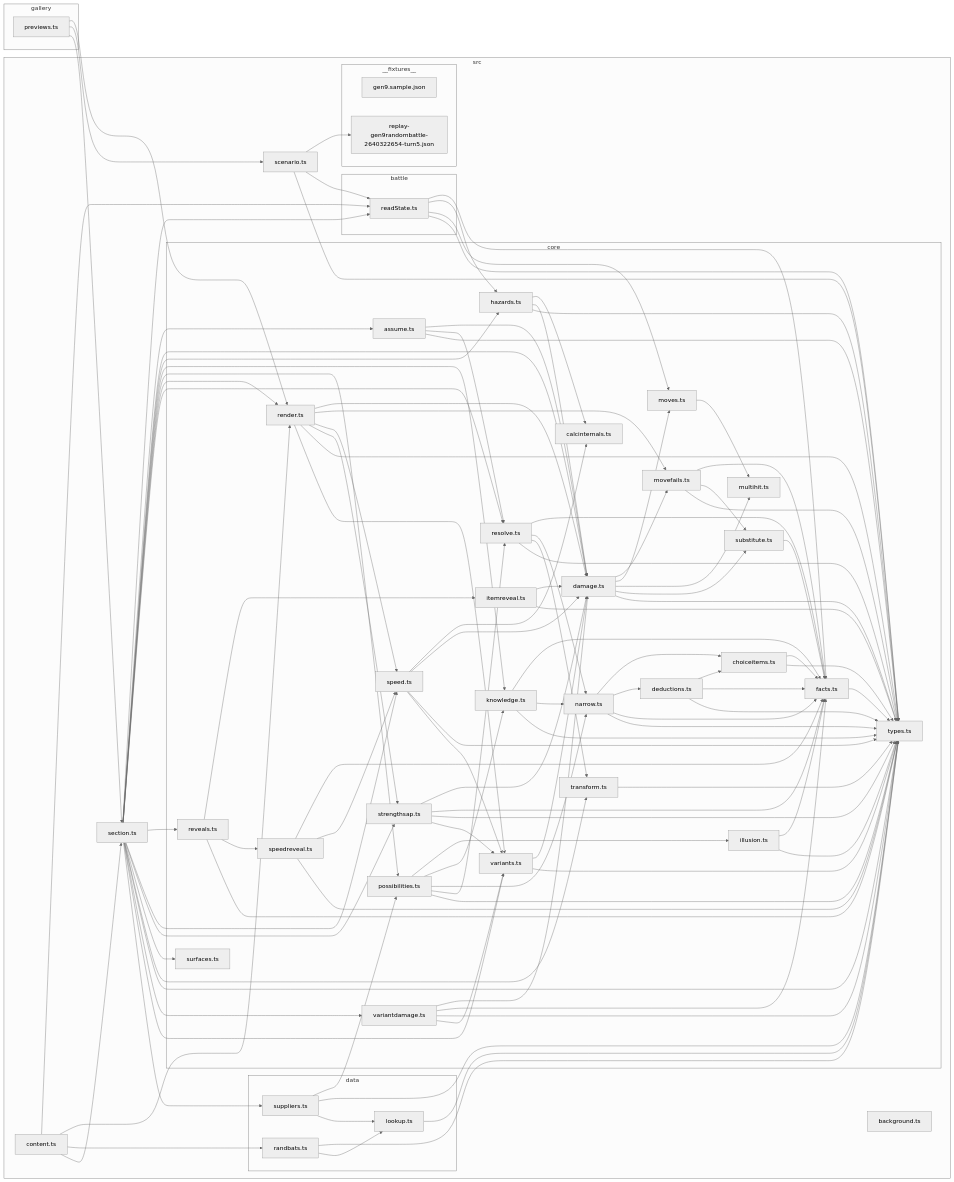
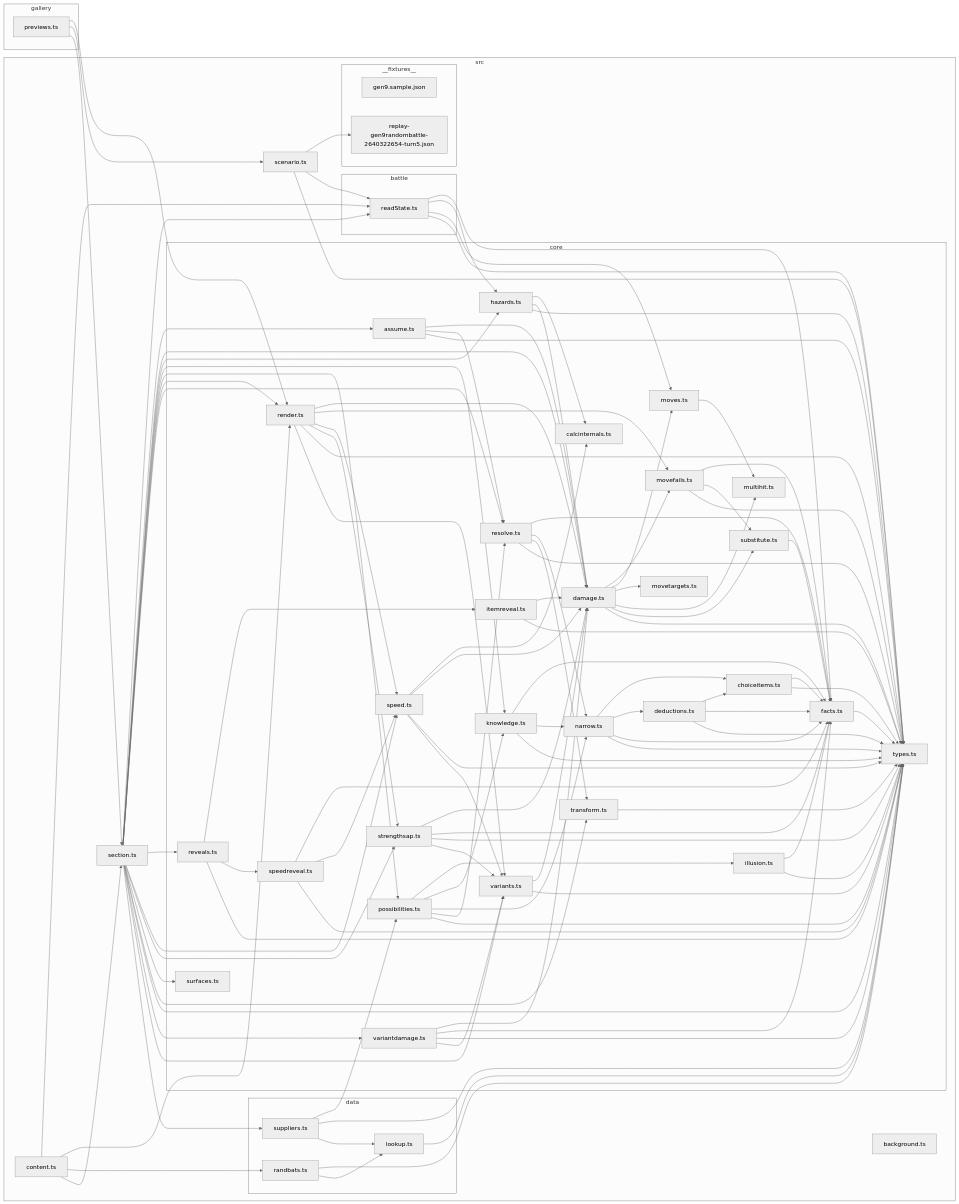
Before and after one commit to seanaujong/hi-chu: the diagram in docs/architecture-graph.md, drawn with Mermaid (neutral theme). The commit also changed other lines of this file and 6 other files, not shown here.

````diff
--- a/docs/architecture-graph.md
+++ b/docs/architecture-graph.md
@@ -29,54 +29,56 @@
 9["substitute.ts"]
 A["moves.ts"]
 B["multihit.ts"]
-C["speed.ts"]
-D["calcinternals.ts"]
-E["variants.ts"]
-F["strengthsap.ts"]
-L["hazards.ts"]
-N["assume.ts"]
-O["resolve.ts"]
-P["narrow.ts"]
-Q["choiceitems.ts"]
-R["deductions.ts"]
-S["transform.ts"]
-T["knowledge.ts"]
-U["possibilities.ts"]
-V["illusion.ts"]
-W["reveals.ts"]
-X["itemreveal.ts"]
-Y["speedreveal.ts"]
-Z["surfaces.ts"]
-10["variantdamage.ts"]
+C["movetargets.ts"]
+D["speed.ts"]
+E["calcinternals.ts"]
+F["variants.ts"]
+G["strengthsap.ts"]
+M["hazards.ts"]
+O["assume.ts"]
+P["resolve.ts"]
+Q["narrow.ts"]
+R["choiceitems.ts"]
+S["deductions.ts"]
+T["transform.ts"]
+U["knowledge.ts"]
+V["possibilities.ts"]
+W["illusion.ts"]
+X["reveals.ts"]
+Y["itemreveal.ts"]
+Z["speedreveal.ts"]
+10["surfaces.ts"]
+11["variantdamage.ts"]
 end
-G["scenario.ts"]
-subgraph H["__fixtures__"]
-I["replay-gen9randombattle-2640322654-turn5.json"]
-17["gen9.sample.json"]
+H["scenario.ts"]
+subgraph I["__fixtures__"]
+J["replay-gen9randombattle-2640322654-turn5.json"]
+18["gen9.sample.json"]
 end
-subgraph J["battle"]
-K["readState.ts"]
+subgraph K["battle"]
+L["readState.ts"]
 end
-M["section.ts"]
-subgraph 11["data"]
-12["suppliers.ts"]
-13["lookup.ts"]
-16["randbats.ts"]
+N["section.ts"]
+subgraph 12["data"]
+13["suppliers.ts"]
+14["lookup.ts"]
+17["randbats.ts"]
 end
-14["background.ts"]
-15["content.ts"]
+15["background.ts"]
+16["content.ts"]
 end
 1-->4
-1-->G
-1-->M
+1-->H
+1-->N
 4-->5
 4-->6
-4-->C
+4-->D
+4-->G
+4-->8
 4-->F
-4-->8
-4-->E
 5-->6
 5-->A
+5-->C
 5-->B
 5-->9
 5-->8
@@ -86,90 +88,90 @@
 7-->8
 9-->7
 A-->B
-C-->D
-C-->5
-C-->8
-C-->E
-E-->5
-E-->8
+D-->E
+D-->5
+D-->8
+D-->F
 F-->5
-F-->7
 F-->8
-F-->E
-G-->I
-G-->K
+G-->5
+G-->7
 G-->8
-K-->7
-K-->L
-K-->A
-K-->8
-L-->D
-L-->5
+G-->F
+H-->J
+H-->L
+H-->8
+L-->7
+L-->M
+L-->A
 L-->8
-M-->K
-M-->N
+M-->E
 M-->5
-M-->L
-M-->T
-M-->U
-M-->4
-M-->O
-M-->W
-M-->C
-M-->F
-M-->Z
-M-->S
 M-->8
-M-->10
-M-->E
-M-->12
+N-->L
+N-->O
 N-->5
-N-->O
+N-->M
+N-->U
+N-->V
+N-->4
+N-->P
+N-->X
+N-->D
+N-->G
+N-->10
+N-->T
 N-->8
-O-->7
+N-->11
+N-->F
+N-->13
+O-->5
 O-->P
-O-->S
 O-->8
+P-->7
 P-->Q
-P-->R
-P-->7
+P-->T
 P-->8
+Q-->R
+Q-->S
 Q-->7
 Q-->8
-R-->Q
 R-->7
 R-->8
+S-->R
+S-->7
 S-->8
-T-->7
-T-->P
 T-->8
-U-->V
-U-->T
-U-->P
-U-->O
+U-->7
+U-->Q
 U-->8
-V-->7
+V-->W
+V-->U
+V-->Q
+V-->P
 V-->8
-W-->X
-W-->Y
+W-->7
 W-->8
-X-->5
+X-->Y
+X-->Z
 X-->8
-Y-->7
-Y-->C
+Y-->5
 Y-->8
-10-->5
-10-->7
-10-->8
-10-->E
-12-->U
-12-->8
-12-->13
+Z-->7
+Z-->D
+Z-->8
+11-->5
+11-->7
+11-->8
+11-->F
+13-->V
 13-->8
-15-->K
-15-->4
-15-->16
-15-->M
-16-->8
-16-->13
+13-->14
+14-->8
+16-->L
+16-->4
+16-->17
+16-->N
+17-->8
+17-->14
 ```
````
